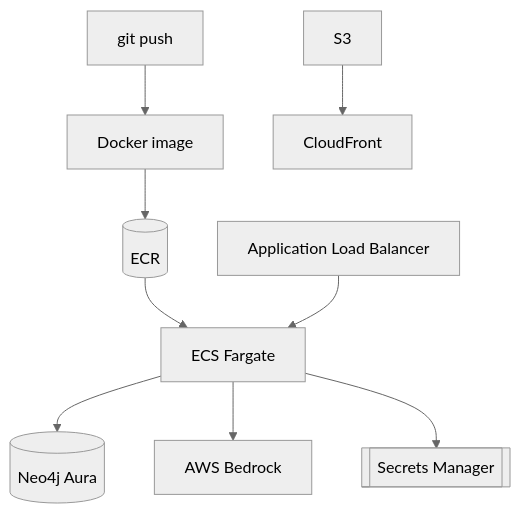
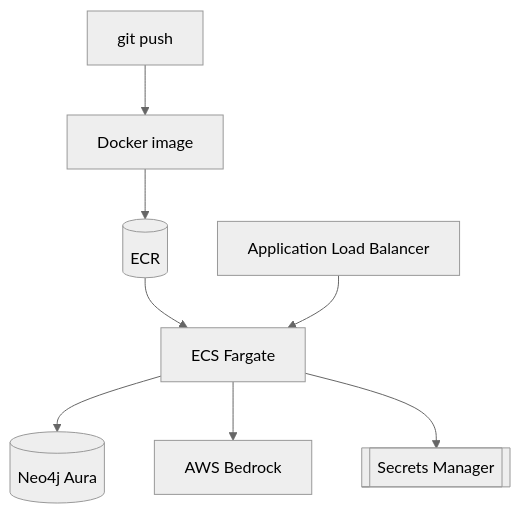
One commit to Hemachandran074/GovernanceGraphBuilder changed the third of 3 diagrams in README.md. Above: the diagram before and after it, drawn with Mermaid (neutral theme). The commit also changed other lines of this file, not shown here.

````diff
--- a/README.md
+++ b/README.md
@@ -308,10 +345,9 @@
 ```mermaid
 flowchart TB
     Dev[git push] --> IMG[Docker image] --> ECR[(ECR)]
     ECR --> ECS[ECS Fargate]
     ALB[Application Load Balancer] --> ECS
     ECS --> AURA[(Neo4j Aura)]
     ECS --> BR[AWS Bedrock]
     ECS --> SM[[Secrets Manager]]
-    S3[S3] --> CF[CloudFront] 
 ```
````
